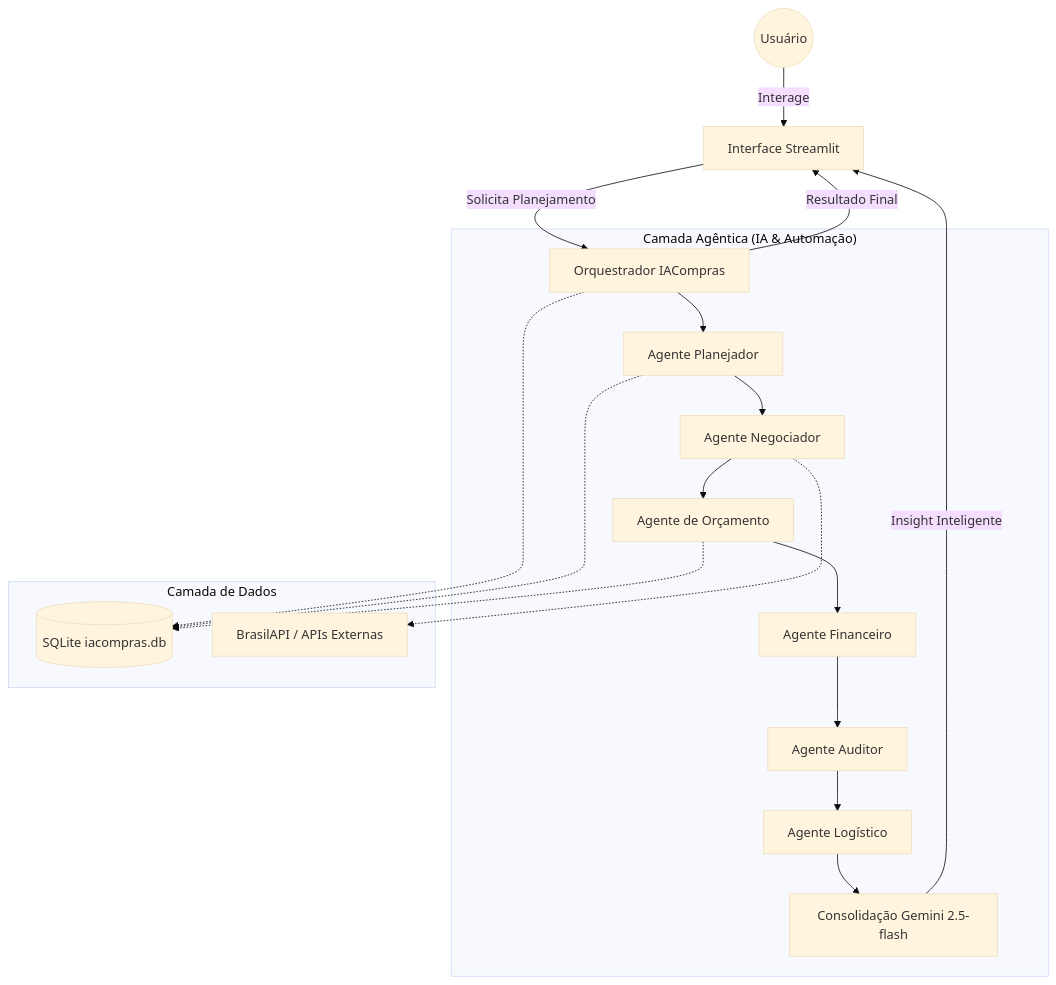
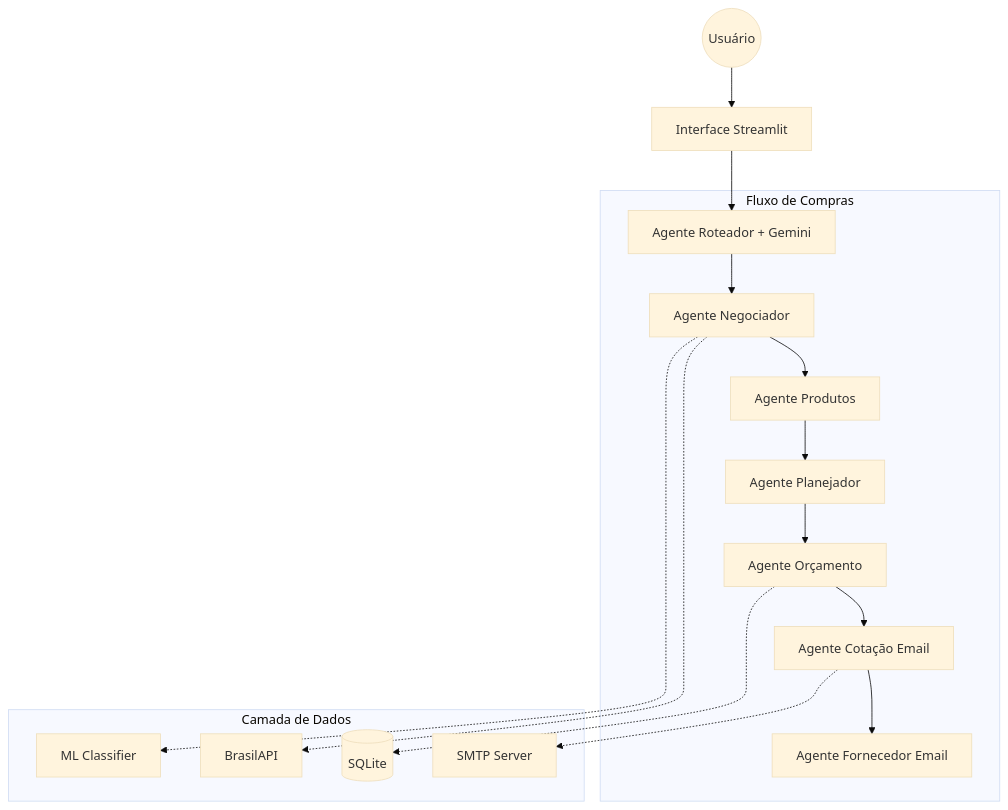
Before and after one commit to emivaldojunior-acd/IACOMPRAS: the diagram in README.md, drawn with Mermaid (base theme). The commit also changed other lines of this file and 30 other files, not shown here.

````diff
--- a/README.md
+++ b/README.md
@@ -15,26 +50,21 @@
 ```mermaid
 graph TD
-    User((Usuário)) -->|Interage| Streamlit[Interface Streamlit]
-    Streamlit -->|Solicita Planejamento| Orchestrator[Orquestrador IACompras]
+    User((Usuário)) --> Streamlit[Interface Streamlit]
+    Streamlit --> Router[Agente Roteador + Gemini]
     
-    subgraph "Camada Agêntica (IA & Automação)"
-        Orchestrator --> Ag1[Agente Planejador]
-        Ag1 --> Ag2[Agente Negociador]
-        Ag2 --> Ag3[Agente de Orçamento]
-        Ag3 --> Ag4[Agente Financeiro]
-        Ag4 --> Ag5[Agente Auditor]
-        Ag5 --> Ag6[Agente Logístico]
-        
-        Ag6 --> Gemini[Consolidação Gemini 2.5-flash]
+    subgraph "Fluxo de Compras"
+        Router --> Neg[Agente Negociador]
+        Neg --> Prod[Agente Produtos]
+        Prod --> Plan[Agente Planejador]
+        Plan --> Orc[Agente Orçamento]
+        Orc --> Email[Agente Cotação Email]
+        Email --> Conf[Agente Fornecedor Email]
     end
     
     subgraph "Camada de Dados"
-        Orchestrator -.-> DB[(SQLite iacompras.db)]
-        Ag1 -.-> DB
-        Ag3 -.-> DB
-        Ag2 -.-> API[BrasilAPI / APIs Externas]
+        Neg -.-> ML[ML Classifier]
+        Neg -.-> API[BrasilAPI]
+        Orc -.-> DB[(SQLite)]
+        Email -.-> SMTP[SMTP Server]
     end
-
-    Gemini -->|Insight Inteligente| Streamlit
-    Orchestrator -->|Resultado Final| Streamlit
 ```
````
